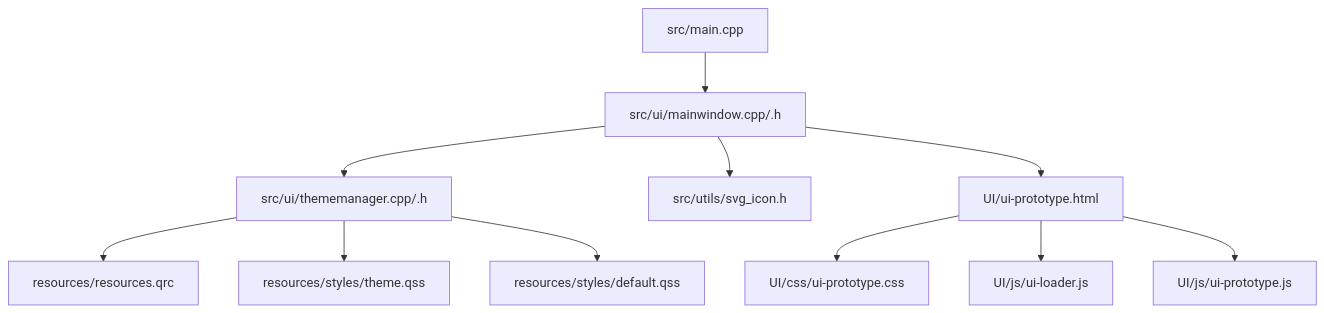
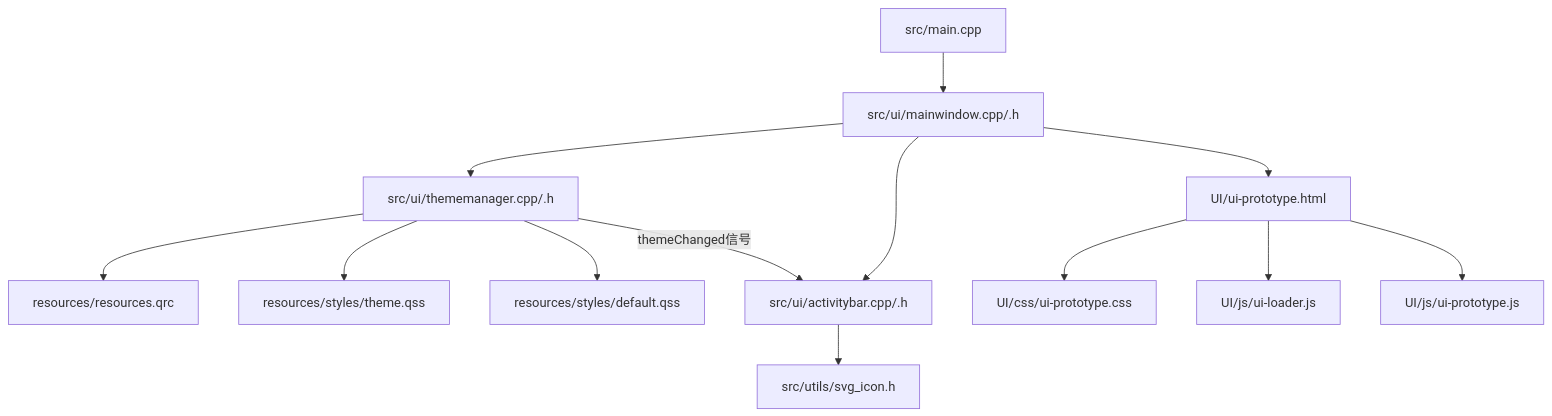
The seventh of 7 diagrams in .qoder/repowiki/zh/content/样式系统/主题管理系统.md (jakecai1225-design/OpenBus), drawn with Mermaid before and after one commit. The commit also changed other lines of this file and 15 other files, not shown here.

````diff
--- a/.qoder/repowiki/zh/content/样式系统/主题管理系统.md
+++ b/.qoder/repowiki/zh/content/样式系统/主题管理系统.md
@@ -303,13 +371,15 @@
 ```mermaid
 graph TB
 Main["src/main.cpp"] --> MW["src/ui/mainwindow.cpp/.h"]
 MW --> TM["src/ui/thememanager.cpp/.h"]
 TM --> QRC["resources/resources.qrc"]
 TM --> QSS["resources/styles/theme.qss"]
 TM --> DEFAULT_QSS["resources/styles/default.qss"]
-MW --> SVG["src/utils/svg_icon.h"]
+MW --> AB["src/ui/activitybar.cpp/.h"]
+AB --> SVG["src/utils/svg_icon.h"]
+TM -- "themeChanged信号" --> AB
 MW --> UIH["UI/ui-prototype.html"]
 UIH --> UICSS["UI/css/ui-prototype.css"]
 UIH --> UILoader["UI/js/ui-loader.js"]
 UIH --> UIPrototype["UI/js/ui-prototype.js"]
 ```
````
